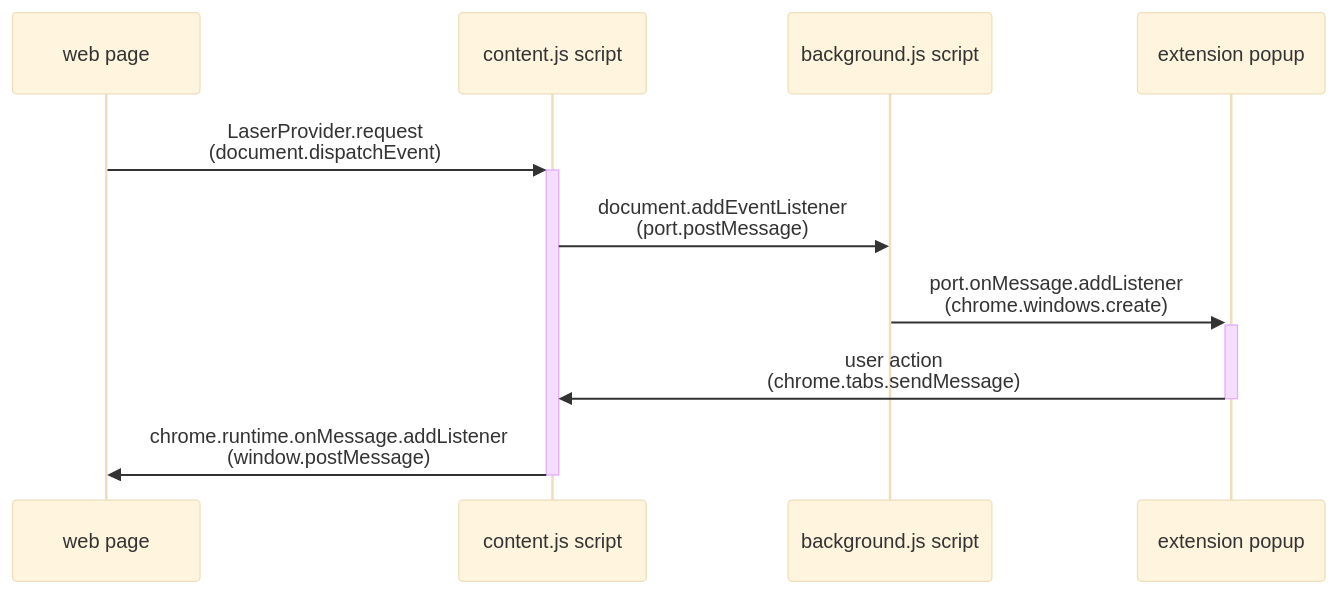
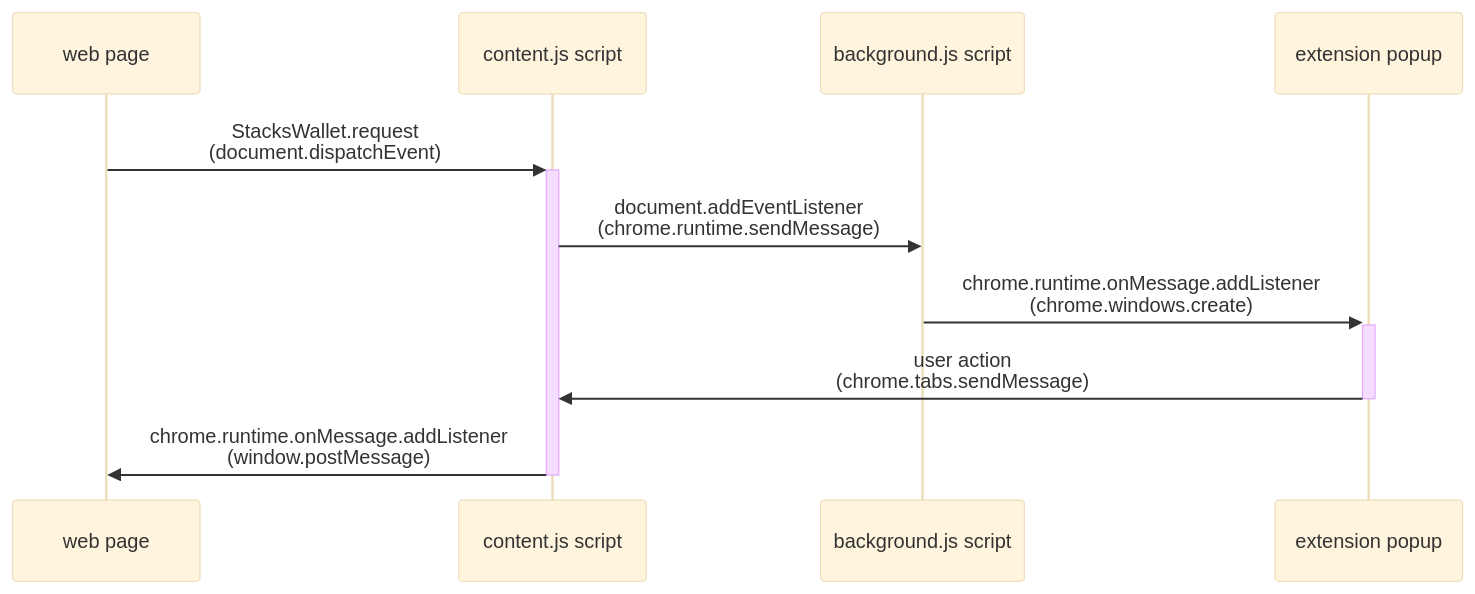
The diagram in README.md (hirosystems/platform-template-stacks-wallet), drawn with Mermaid (base theme) before and after one commit. The commit also changed other lines of this file and 21 other files, not shown here.

````diff
--- a/README.md
+++ b/README.md
@@ -23,12 +23,12 @@
 ```mermaid
 sequenceDiagram
   participant w as web page
   participant c as content.js script
   participant b as background.js script
   participant p as extension popup
-  w->>+c: LaserProvider.request<br/>(document.dispatchEvent)
-  c->>b: document.addEventListener<br/>(port.postMessage)
-  b->>+p: port.onMessage.addListener<br/>(chrome.windows.create)
+  w->>+c: StacksWallet.request<br/>(document.dispatchEvent)
+  c->>b: document.addEventListener<br/>(chrome.runtime.sendMessage)
+  b->>+p: chrome.runtime.onMessage.addListener<br/>(chrome.windows.create)
   p->>-c: user action<br/>(chrome.tabs.sendMessage)
   c->>-w: chrome.runtime.onMessage.addListener<br/>(window.postMessage)
 ```
````
